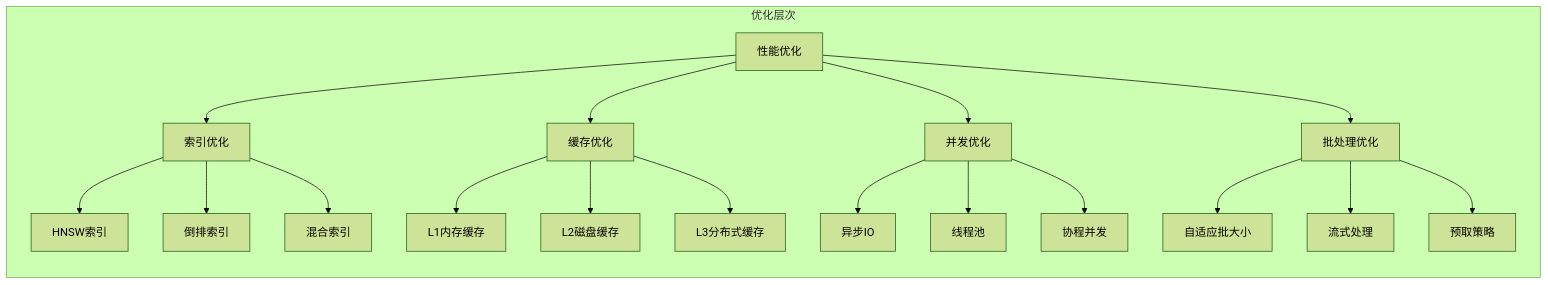
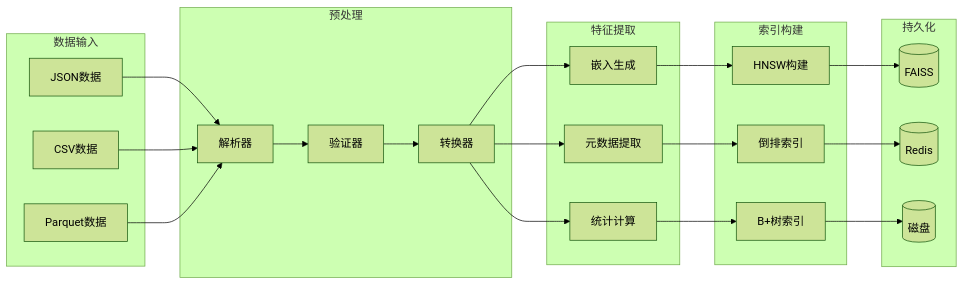
One commit to 925180034/dataLakesMulti changed the fifth of 8 diagrams in docs/ARCHITECTURE_DIAGRAMS.md. Above: the diagram before and after it, drawn with Mermaid (forest theme). The commit also changed other lines of this file and 128 other files, not shown here.

````diff
--- a/docs/ARCHITECTURE_DIAGRAMS.md
+++ b/docs/ARCHITECTURE_DIAGRAMS.md
@@ -186,27 +243,51 @@
 ```mermaid
 graph LR
-    subgraph "优化层次"
-        O[性能优化]
-        
-        O --> O1[索引优化]
-        O --> O2[缓存优化]
-        O --> O3[并发优化]
-        O --> O4[批处理优化]
-        
-        O1 --> O11[HNSW索引]
-        O1 --> O12[倒排索引]
-        O1 --> O13[混合索引]
-        
-        O2 --> O21[L1内存缓存]
-        O2 --> O22[L2磁盘缓存]
-        O2 --> O23[L3分布式缓存]
-        
-        O3 --> O31[异步IO]
-        O3 --> O32[线程池]
-        O3 --> O33[协程并发]
-        
-        O4 --> O41[自适应批大小]
-        O4 --> O42[流式处理]
-        O4 --> O43[预取策略]
+    subgraph INPUT["数据输入"]
+        JSON[JSON数据]
+        CSV[CSV数据]
+        PARQUET[Parquet数据]
     end
+    
+    subgraph PREPROCESS["预处理"]
+        PARSE[解析器]
+        VALIDATE[验证器]
+        TRANSFORM[转换器]
+    end
+    
+    subgraph FEATURE["特征提取"]
+        META[元数据提取]
+        EMBED[嵌入生成]
+        STAT[统计计算]
+    end
+    
+    subgraph INDEX["索引构建"]
+        HNSW[HNSW构建]
+        INVERTED[倒排索引]
+        BTREE[B+树索引]
+    end
+    
+    subgraph STORAGE["持久化"]
+        FAISS[(FAISS)]
+        REDIS[(Redis)]
+        DISK[(磁盘)]
+    end
+    
+    JSON --> PARSE
+    CSV --> PARSE
+    PARQUET --> PARSE
+    
+    PARSE --> VALIDATE
+    VALIDATE --> TRANSFORM
+    
+    TRANSFORM --> META
+    TRANSFORM --> EMBED
+    TRANSFORM --> STAT
+    
+    META --> INVERTED
+    EMBED --> HNSW
+    STAT --> BTREE
+    
+    HNSW --> FAISS
+    INVERTED --> REDIS
+    BTREE --> DISK
 ```
````
